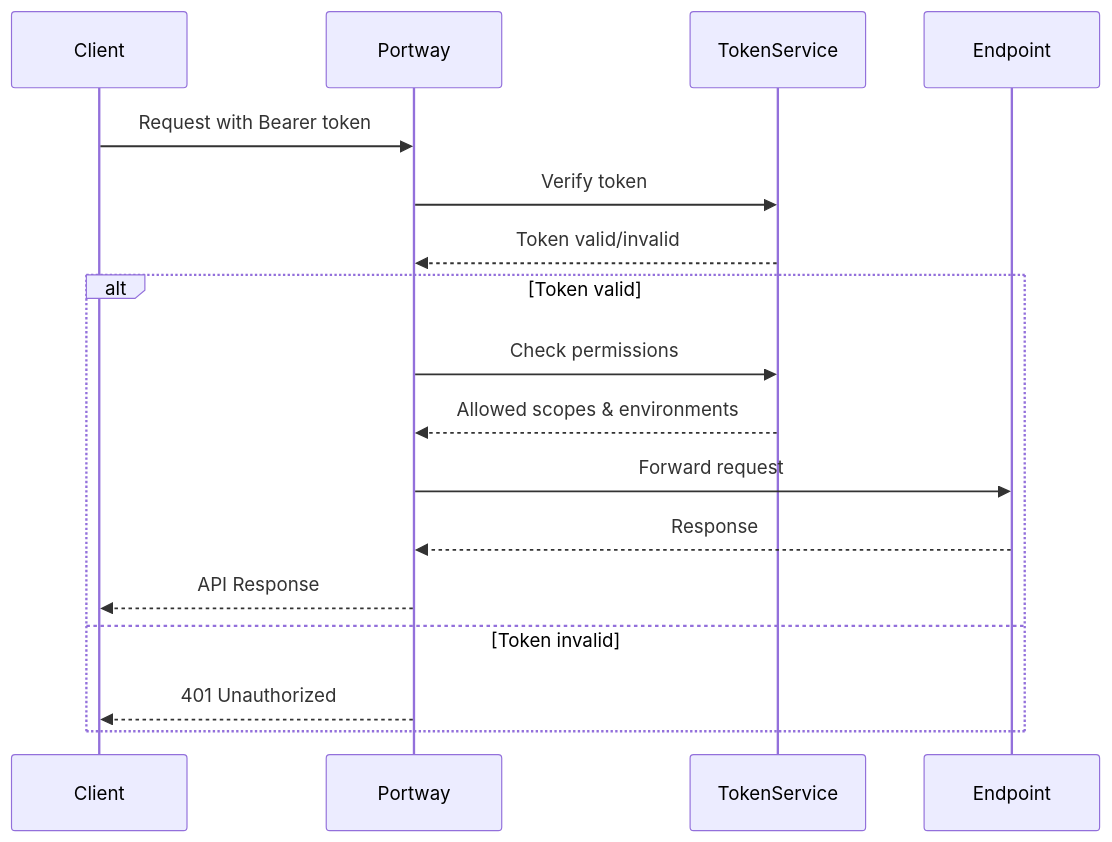
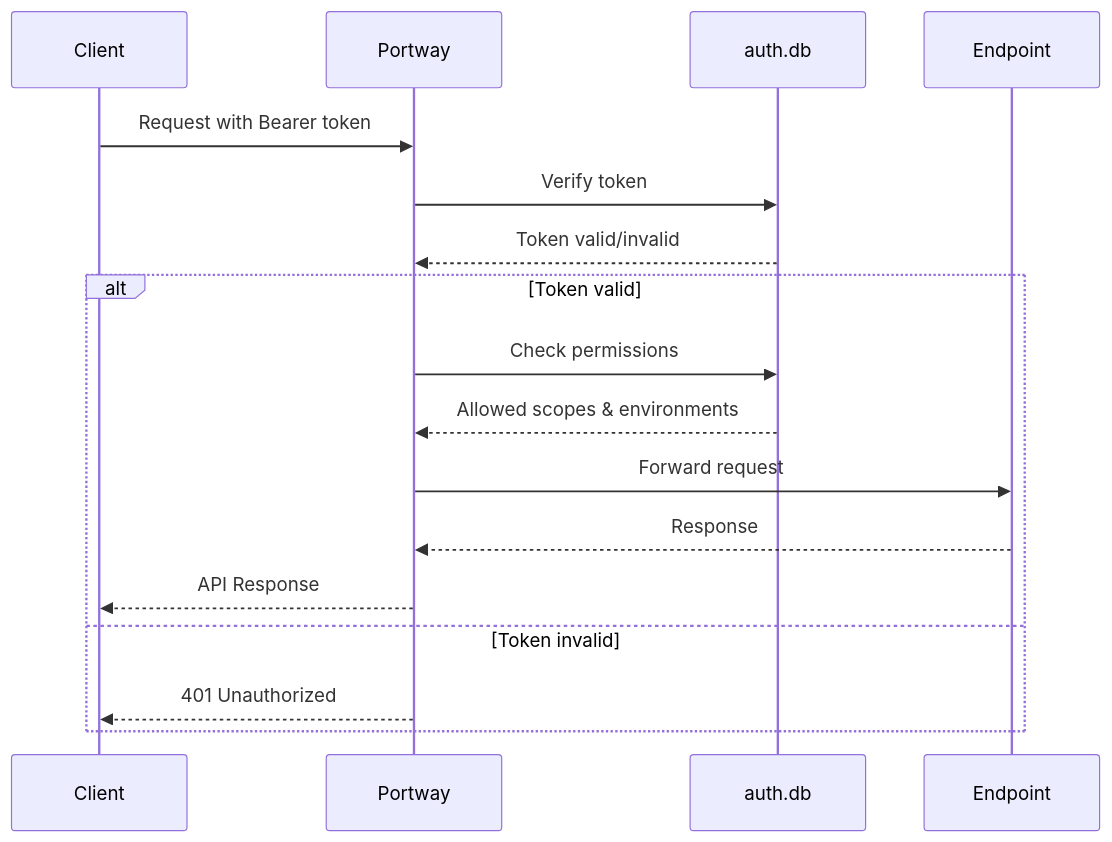
Before and after one commit to melosso/portway: the diagram in Documentation/docs/reference/api-auth.md, drawn with Mermaid. The commit also changed other lines of this file and 37 other files, not shown here.

````diff
--- a/Documentation/docs/reference/api-auth.md
+++ b/Documentation/docs/reference/api-auth.md
@@ -63,20 +63,20 @@
 ```mermaid
 sequenceDiagram
     participant Client
     participant Portway
-    participant TokenService
+    participant Store as auth.db
     participant Endpoint
 
     Client->>Portway: Request with Bearer token
-    Portway->>TokenService: Verify token
-    TokenService-->>Portway: Token valid/invalid
+    Portway->>Store: Verify token
+    Store-->>Portway: Token valid/invalid
     alt Token valid
-        Portway->>TokenService: Check permissions
-        TokenService-->>Portway: Allowed scopes & environments
+        Portway->>Store: Check permissions
+        Store-->>Portway: Allowed scopes & environments
         Portway->>Endpoint: Forward request
         Endpoint-->>Portway: Response
         Portway-->>Client: API Response
     else Token invalid
         Portway-->>Client: 401 Unauthorized
     end
 ```
````
